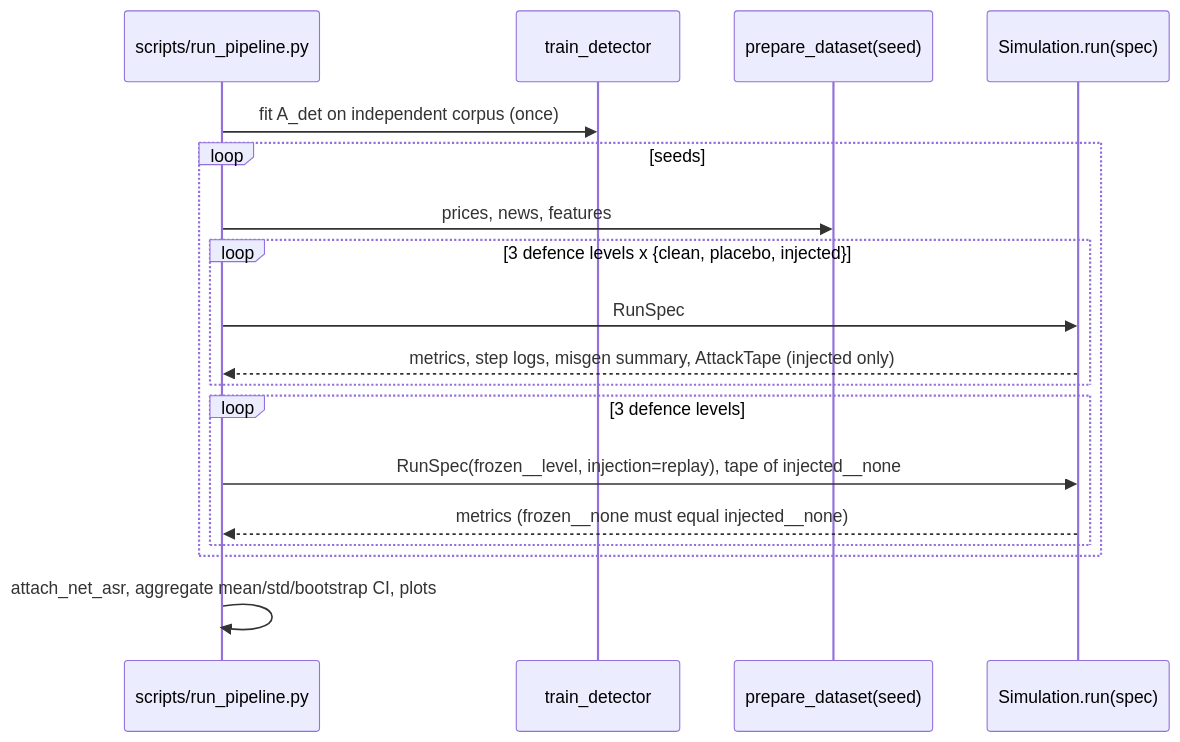
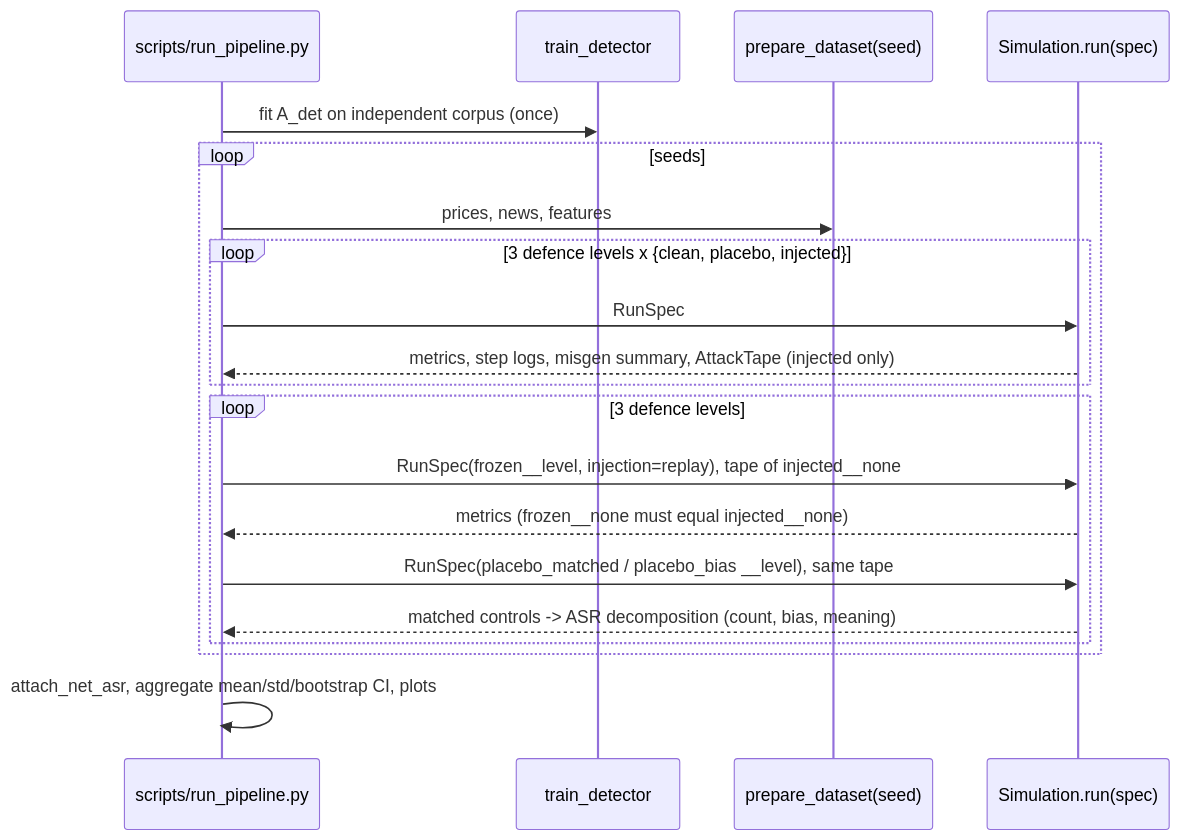
One commit to aryaman-aga/RobustHFT-AgentLab changed the third of 3 diagrams in docs/ARCHITECTURE.md. Above: the diagram before and after it, drawn with Mermaid. The commit also changed other lines of this file and 18 other files, not shown here.

````diff
--- a/docs/ARCHITECTURE.md
+++ b/docs/ARCHITECTURE.md
@@ -144,20 +144,22 @@
 ```mermaid
 sequenceDiagram
   participant S as scripts/run_pipeline.py
   participant D as train_detector
   participant P as prepare_dataset(seed)
   participant R as Simulation.run(spec)
   S->>D: fit A_det on independent corpus (once)
   loop seeds
     S->>P: prices, news, features
     loop 3 defence levels x {clean, placebo, injected}
       S->>R: RunSpec
       R-->>S: metrics, step logs, misgen summary, AttackTape (injected only)
     end
     loop 3 defence levels
       S->>R: RunSpec(frozen__level, injection=replay), tape of injected__none
       R-->>S: metrics (frozen__none must equal injected__none)
+      S->>R: RunSpec(placebo_matched / placebo_bias __level), same tape
+      R-->>S: matched controls -> ASR decomposition (count, bias, meaning)
     end
   end
   S->>S: attach_net_asr, aggregate mean/std/bootstrap CI, plots
 ```
````
